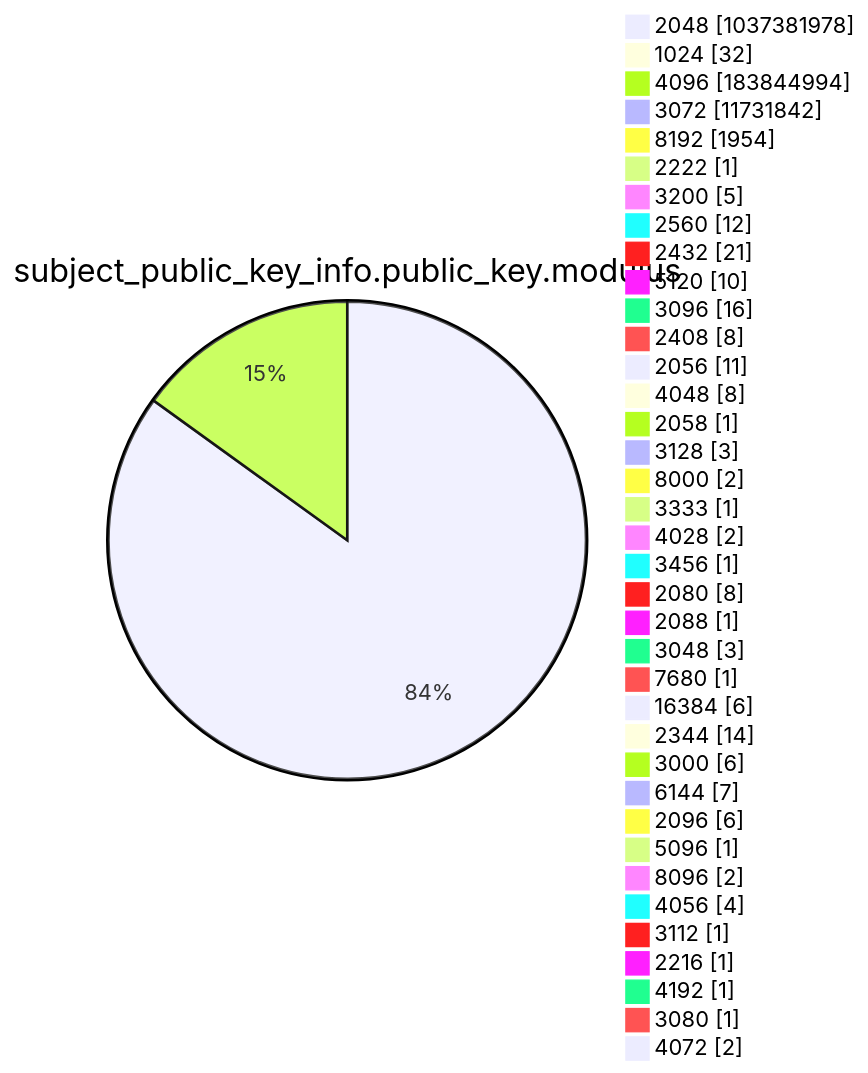
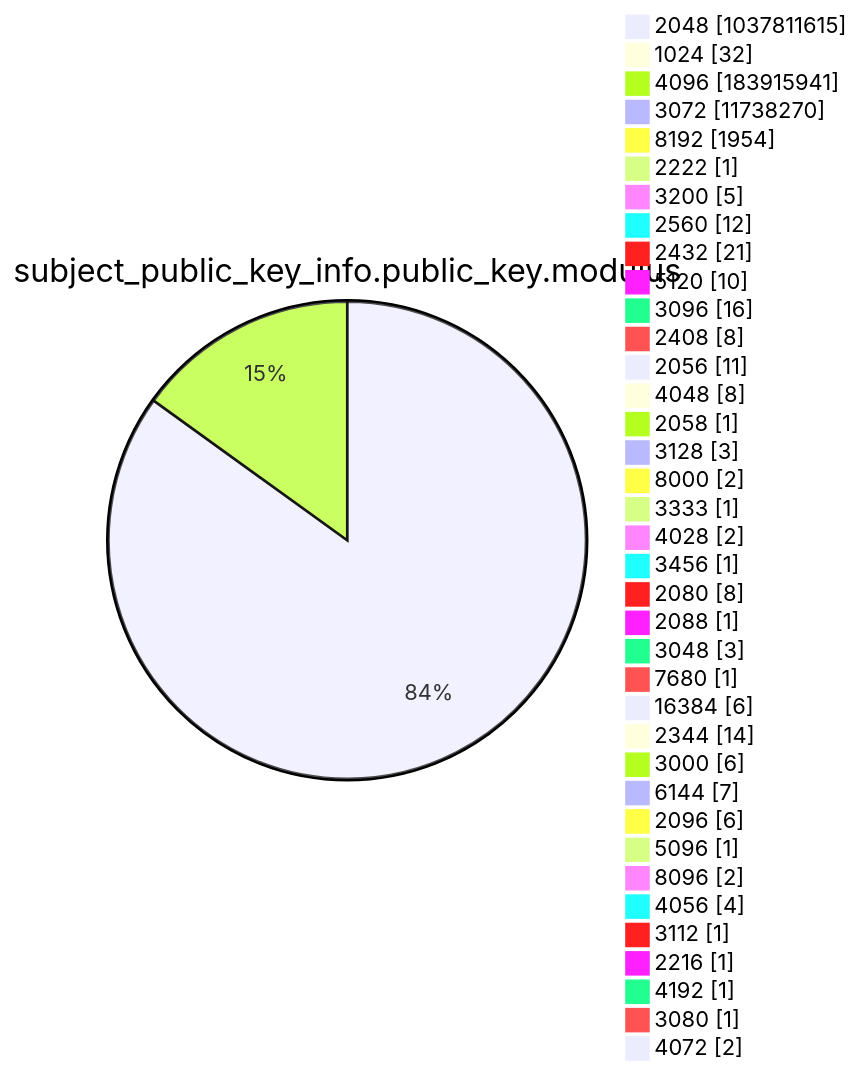
Diagram 13 of 15 in argon2022/README.md (christiankrug/ctmonitor_visualization), drawn with Mermaid before and after one commit. The commit also changed other lines of this file, not shown here.

````diff
--- a/argon2022/README.md
+++ b/argon2022/README.md
@@ -3589,41 +3589,41 @@
 ```mermaid
 pie showData
 title subject_public_key_info.public_key.modulus
-"2048" :1037381978
+"2048" :1037811615
 "1024" :32
-"4096" :183844994
-"3072" :11731842
+"4096" :183915941
+"3072" :11738270
 "8192" :1954
 "2222" :1
 "3200" :5
 "2560" :12
 "2432" :21
 "5120" :10
 "3096" :16
 "2408" :8
 "2056" :11
 "4048" :8
 "2058" :1
 "3128" :3
 "8000" :2
 "3333" :1
 "4028" :2
 "3456" :1
 "2080" :8
 "2088" :1
 "3048" :3
 "7680" :1
 "16384" :6
 "2344" :14
 "3000" :6
 "6144" :7
 "2096" :6
 "5096" :1
 "8096" :2
 "4056" :4
 "3112" :1
 "2216" :1
 "4192" :1
 "3080" :1
 "4072" :2
 ```
````
